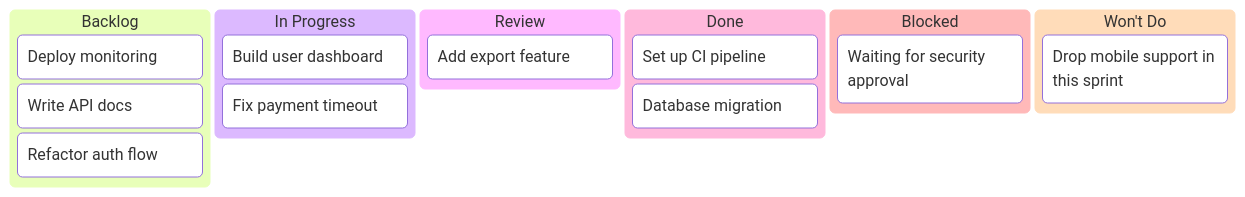
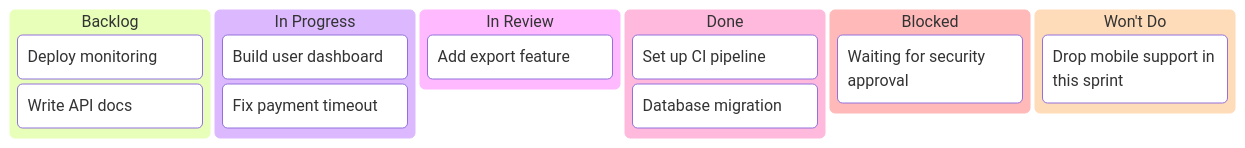
One commit to SuperiorByteWorks-LLC/ag-skills-demo changed the diagram in docs/agentic/markdown_templates/kanban.md. Above: the diagram before and after it, drawn with Mermaid. The commit also changed other lines of this file and 1 other file, not shown here.

````diff
--- a/docs/agentic/markdown_templates/kanban.md
+++ b/docs/agentic/markdown_templates/kanban.md
@@ -54,19 +54,18 @@
 ```mermaid
 kanban
     Backlog
         task1[Deploy monitoring]
         task2[Write API docs]
-        task3[Refactor auth flow]
     In Progress
-        task4[Build user dashboard]
-        task5[Fix payment timeout]
-    Review
-        task6[Add export feature]
+        task3[Build user dashboard]
+        task4[Fix payment timeout]
+    In Review
+        task5[Add export feature]
     Done
-        task7[Set up CI pipeline]
-        task8[Database migration]
+        task5[Set up CI pipeline]
+        task6[Database migration]
     Blocked
-        task9[Waiting for security approval]
+        task7[Waiting for security approval]
     Won't Do
-        task10[Drop mobile support in this sprint]
+        task8[Drop mobile support in this sprint]
 ```
````
